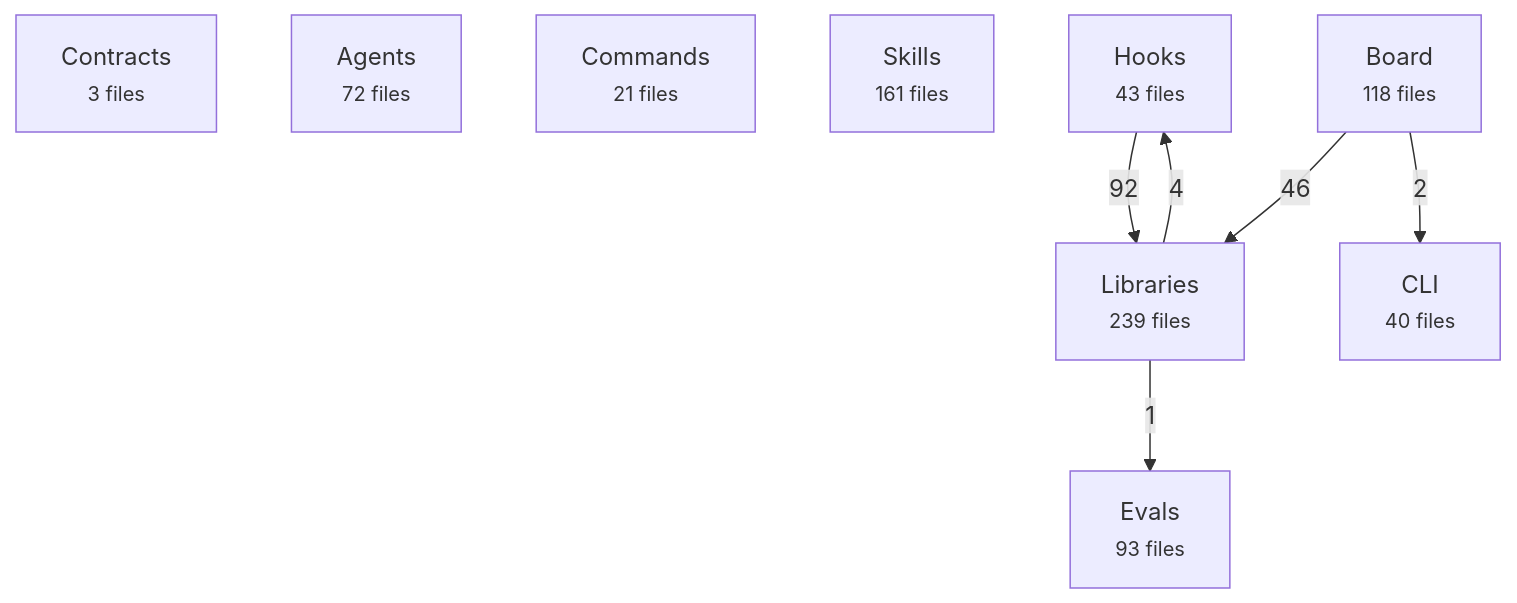
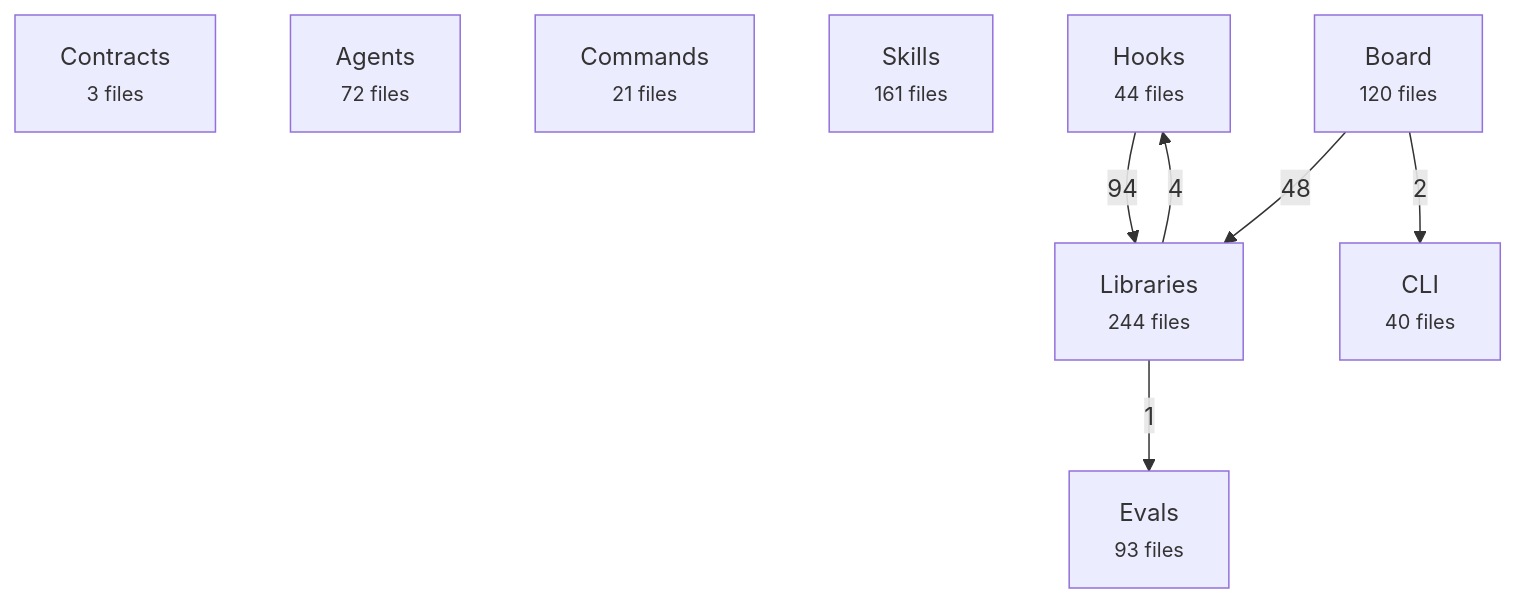
Before and after one commit to avelikiy/great_cto: the first of 2 diagrams in docs/reference/architecture-map.md, drawn with Mermaid. The commit also changed other lines of this file and 34 other files, not shown here.

Commit message:
feat: add opt-in cross-host execution graph observations

````diff
--- a/docs/reference/architecture-map.md
+++ b/docs/reference/architecture-map.md
@@ -20,17 +20,17 @@
 ```mermaid
 flowchart TD
   contracts["Contracts<br/><small>3 files</small>"]
   agents["Agents<br/><small>72 files</small>"]
   commands["Commands<br/><small>21 files</small>"]
   skills["Skills<br/><small>161 files</small>"]
-  hooks["Hooks<br/><small>43 files</small>"]
-  libs["Libraries<br/><small>239 files</small>"]
-  board["Board<br/><small>118 files</small>"]
+  hooks["Hooks<br/><small>44 files</small>"]
+  libs["Libraries<br/><small>244 files</small>"]
+  board["Board<br/><small>120 files</small>"]
   cli["CLI<br/><small>40 files</small>"]
   evals["Evals<br/><small>93 files</small>"]
-  hooks -->|92| libs
-  board -->|46| libs
+  hooks -->|94| libs
+  board -->|48| libs
   libs -->|4| hooks
   board -->|2| cli
   libs -->|1| evals
 ```
````
